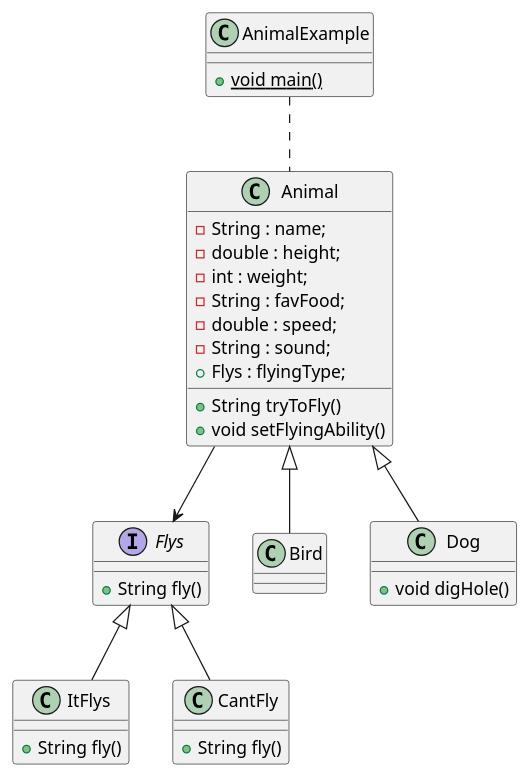
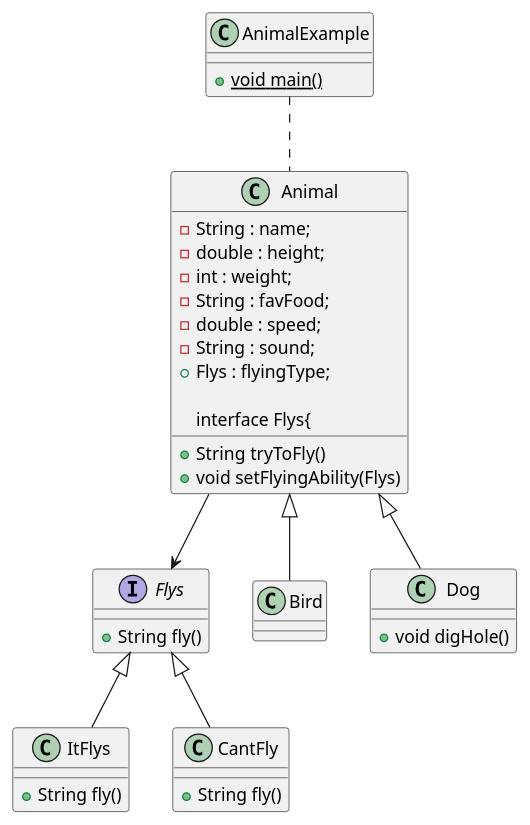
The first of 2 diagrams in src/main/java/Strategie/Animal/README.puml (yvanross/LOG121-GOF-exemples), drawn with PlantUML before and after one commit. The commit also changed 3 other files, not shown here.

```diff
--- a/src/main/java/Strategie/Animal/README.puml
+++ b/src/main/java/Strategie/Animal/README.puml
@@ -1,45 +1,46 @@
 @startuml DCL
 
 class Animal{
     - String : name;
 	- double : height;
 	- int : weight;
 	- String : favFood;
 	- double : speed;
 	- String : sound;
     + Flys : flyingType;
 
     + String tryToFly()
-    + void setFlyingAbility()
+interface Flys{
+    + void setFlyingAbility(Flys)
 }
 
 class AnimalExample{
     {static} + void main()
 }
 
 class Bird{}
 
 class Dog{
     + void digHole()
 }
 
 interface Flys{
     + String fly()
 }
 class ItFlys{
     + String fly()
 }
 class CantFly{
     + String fly()
 }
 
 ItFlys -up-|> Flys
 CantFly -up-|> Flys
 
 Flys <-up- Animal
 Bird -up-|> Animal
 Dog -up-|> Animal
 
 AnimalExample .. Animal
 
 @enduml
```
